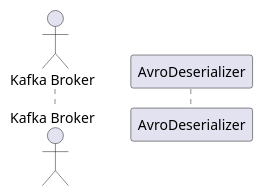
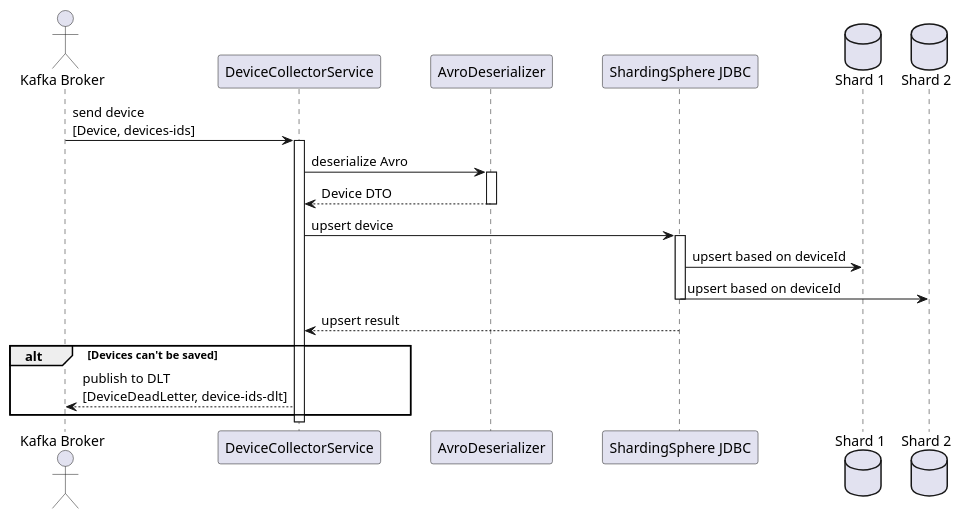
Before and after one commit to ds-usova/ourcode-iot-platform: the diagram in device-collector/architecture/diagrams/consume-device-flow.puml, drawn with PlantUML. The commit also changed 2 other files, not shown here.

Commit message:
Update consume-device-flow

```diff
--- a/device-collector/architecture/diagrams/consume-device-flow.puml
+++ b/device-collector/architecture/diagrams/consume-device-flow.puml
@@ -1,10 +1,37 @@
 @startuml "Device Event Processing Flow"
 
 ' Define styles
 skinparam ParticipantPadding 20
 skinparam BoxPadding 10
 
 actor "Kafka Broker" as KafkaBroker
+participant "DeviceCollectorService" as DCS
 participant "AvroDeserializer" as AVRO
 
+participant "ShardingSphere JDBC" as SSJDBC
+database "Shard 1" as SHARD_1
+database "Shard 2" as SHARD_2
+
+KafkaBroker -> DCS: send device \n[Device, devices-ids]
+activate DCS
+
+DCS -> AVRO: deserialize Avro
+activate AVRO
+AVRO --> DCS: Device DTO
+deactivate AVRO
+
+DCS -> SSJDBC: upsert device
+activate SSJDBC
+SSJDBC -> SHARD_1: upsert based on deviceId
+SSJDBC -> SHARD_2: upsert based on deviceId
+deactivate SSJDBC
+
+SSJDBC --> DCS: upsert result
+
+alt Devices can't be saved
+    DCS --> KafkaBroker: publish to DLT \n[DeviceDeadLetter, device-ids-dlt]
+end
+
+deactivate DCS
+
 @enduml
```
